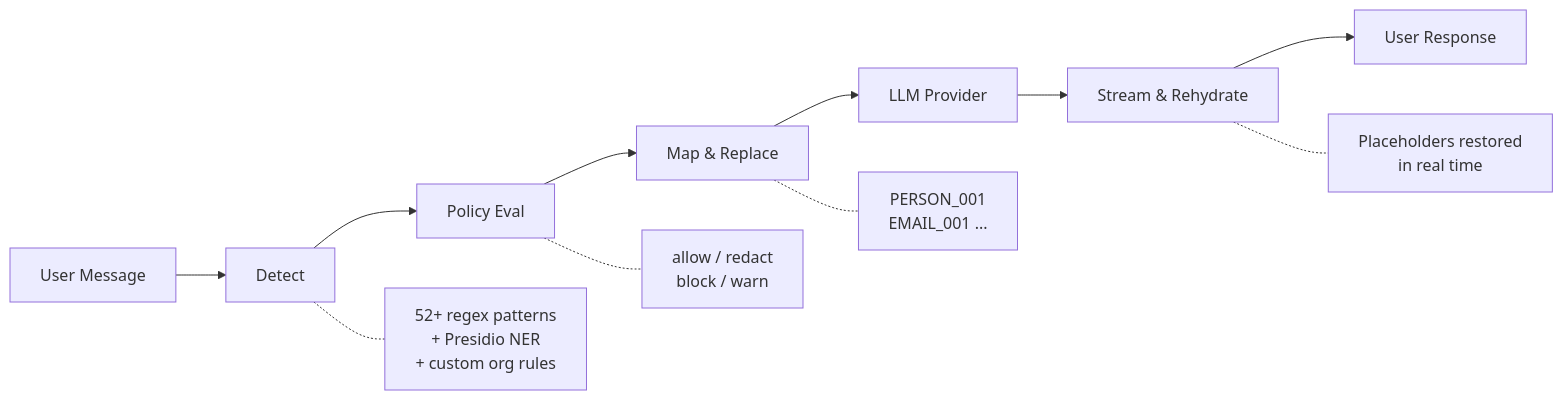
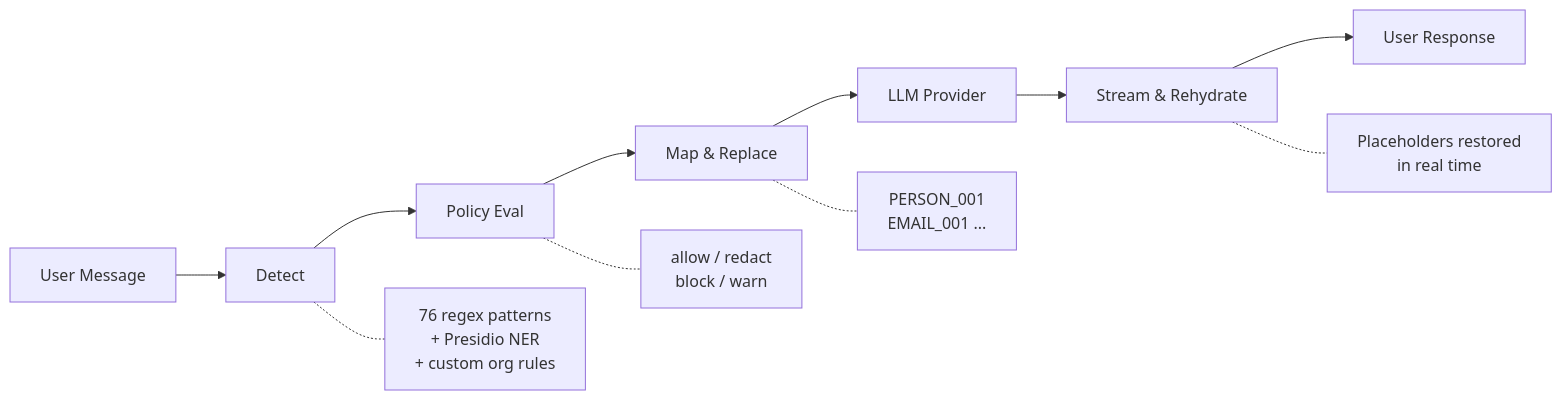
Before and after one commit to Threatlabs-LLC/veil-public: the diagram in README.md, drawn with Mermaid. The commit also changed other lines of this file and 20 other files, not shown here.

````diff
--- a/README.md
+++ b/README.md
@@ -110,14 +112,14 @@
 ```mermaid
 flowchart LR
     A[User Message] --> B[Detect]
     B --> C[Policy Eval]
     C --> D[Map & Replace]
     D --> E[LLM Provider]
     E --> F[Stream & Rehydrate]
     F --> G[User Response]
 
-    B -.- B1["52+ regex patterns\n+ Presidio NER\n+ custom org rules"]
+    B -.- B1["76 regex patterns\n+ Presidio NER\n+ custom org rules"]
     C -.- C1["allow / redact\nblock / warn"]
     D -.- D1["PERSON_001\nEMAIL_001 ..."]
     F -.- F1["Placeholders restored\nin real time"]
 ```
````
